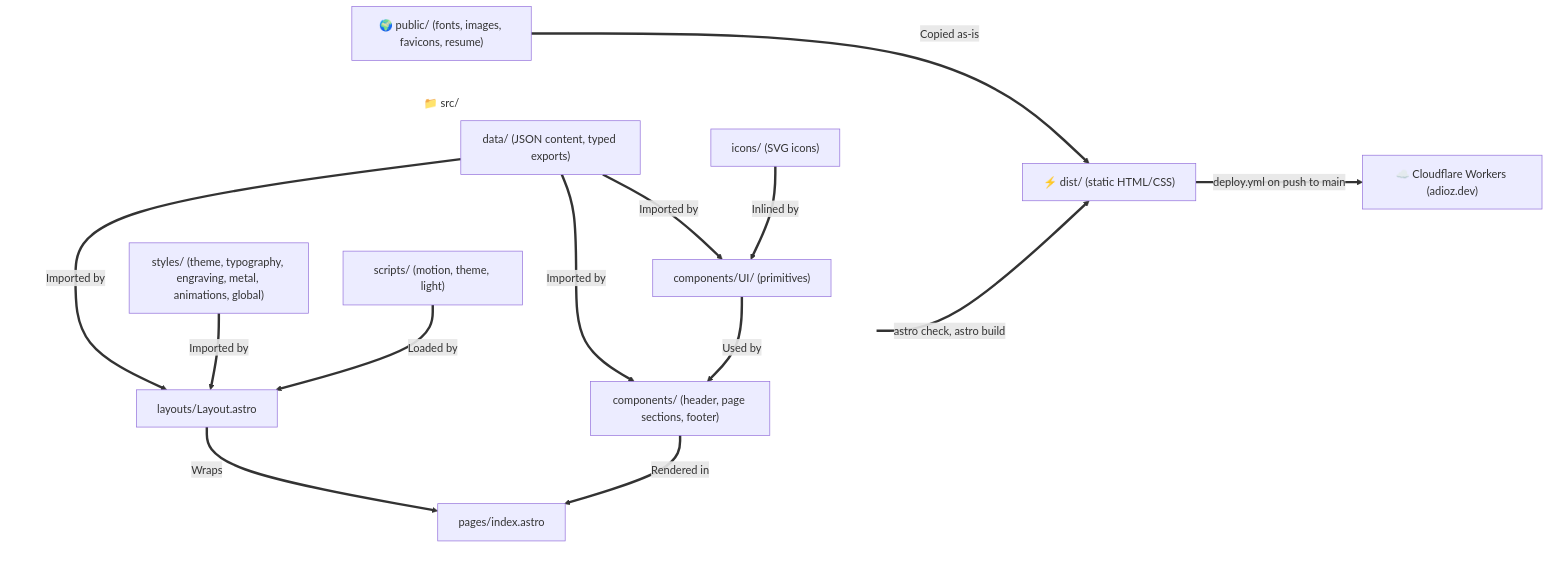
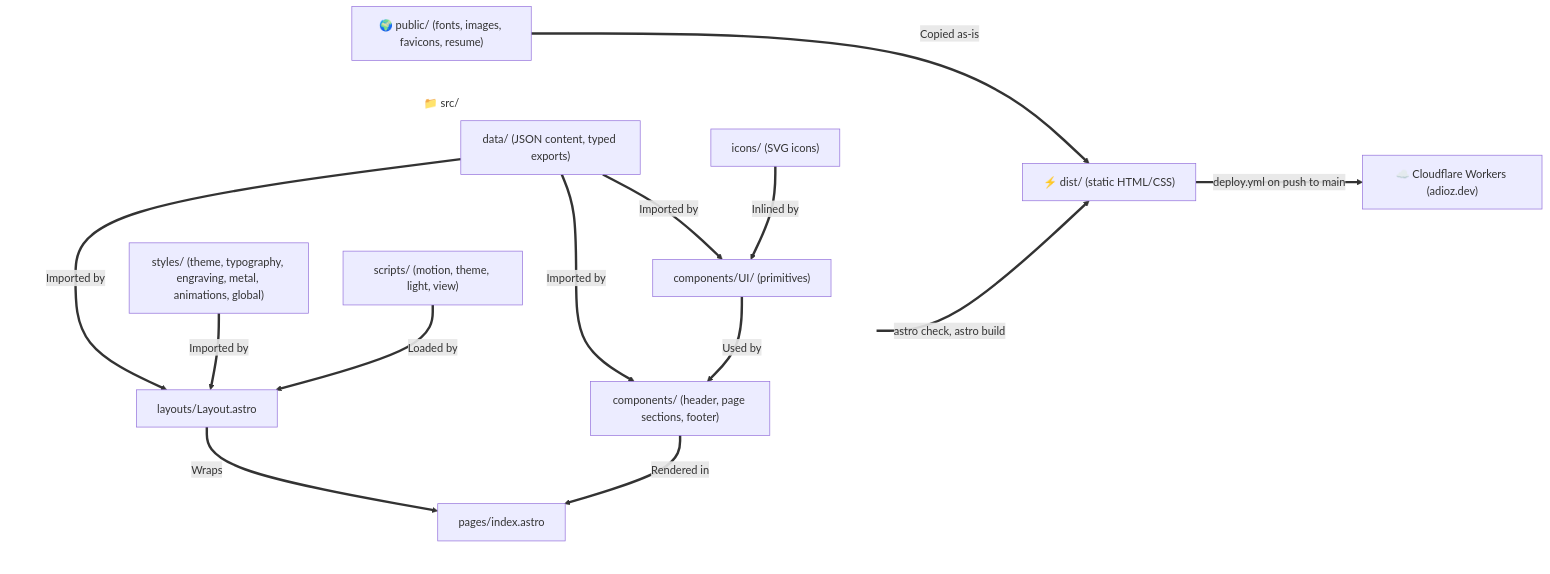
Before and after one commit to adiozeshitemi/adioz-profile: the diagram in docs/architecture.md, drawn with Mermaid. The commit also changed other lines of this file and 4 other files, not shown here.

````diff
--- a/docs/architecture.md
+++ b/docs/architecture.md
@@ -9,33 +9,33 @@
 ```mermaid
 flowchart LR
     %% Define invisible styling for subgraphs to remove backgrounds and borders
     classDef transparent fill:none,stroke:none;
 
     subgraph Src ["📁 src/"]
         direction TB
         Data["data/ (JSON content, typed exports)"]
         Styles["styles/ (theme, typography, engraving, metal, animations, global)"]
-        Scripts["scripts/ (motion, theme, light)"]
+        Scripts["scripts/ (motion, theme, light, view)"]
         Icons["icons/ (SVG icons)"]
         UI["components/UI/ (primitives)"]
         Sections["components/ (header, page sections, footer)"]
         Layout["layouts/Layout.astro"]
         Page["pages/index.astro"]
     end
 
     Icons ==>|Inlined by| UI
     Data ==>|Imported by| UI
     Data ==>|Imported by| Sections
     UI ==>|Used by| Sections
     Data ==>|Imported by| Layout
     Styles ==>|Imported by| Layout
     Scripts ==>|Loaded by| Layout
     Sections ==>|Rendered in| Page
     Layout ==>|Wraps| Page
     Page ==>|astro check, astro build| Dist["⚡ dist/ (static HTML/CSS)"]
     Public["🌍 public/ (fonts, images, favicons, resume)"] ==>|Copied as-is| Dist
     Dist ==>|deploy.yml on push to main| Workers["☁️ Cloudflare Workers (adioz.dev)"]
 
     %% Apply transparent class to subgraphs
     class Src transparent;
 ```
````
